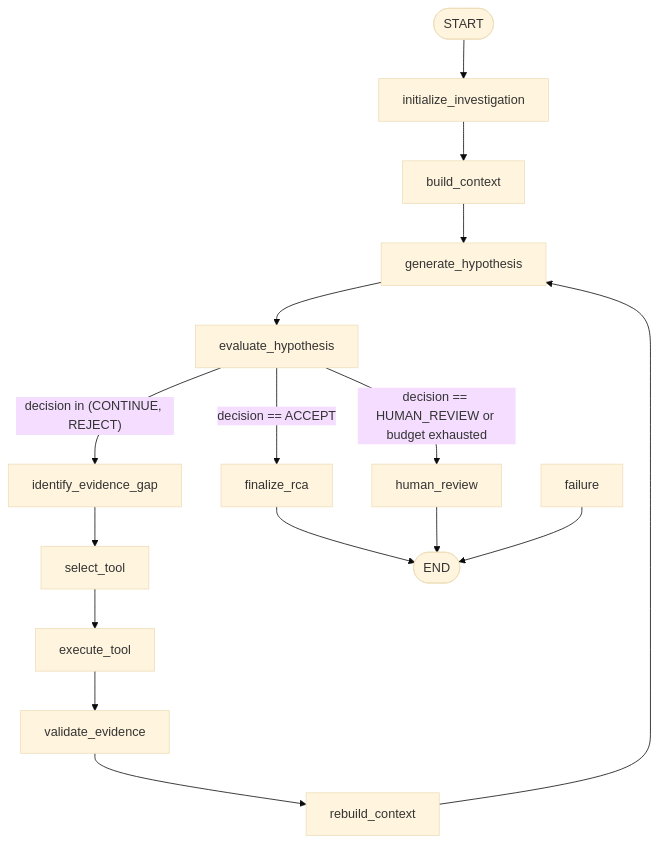
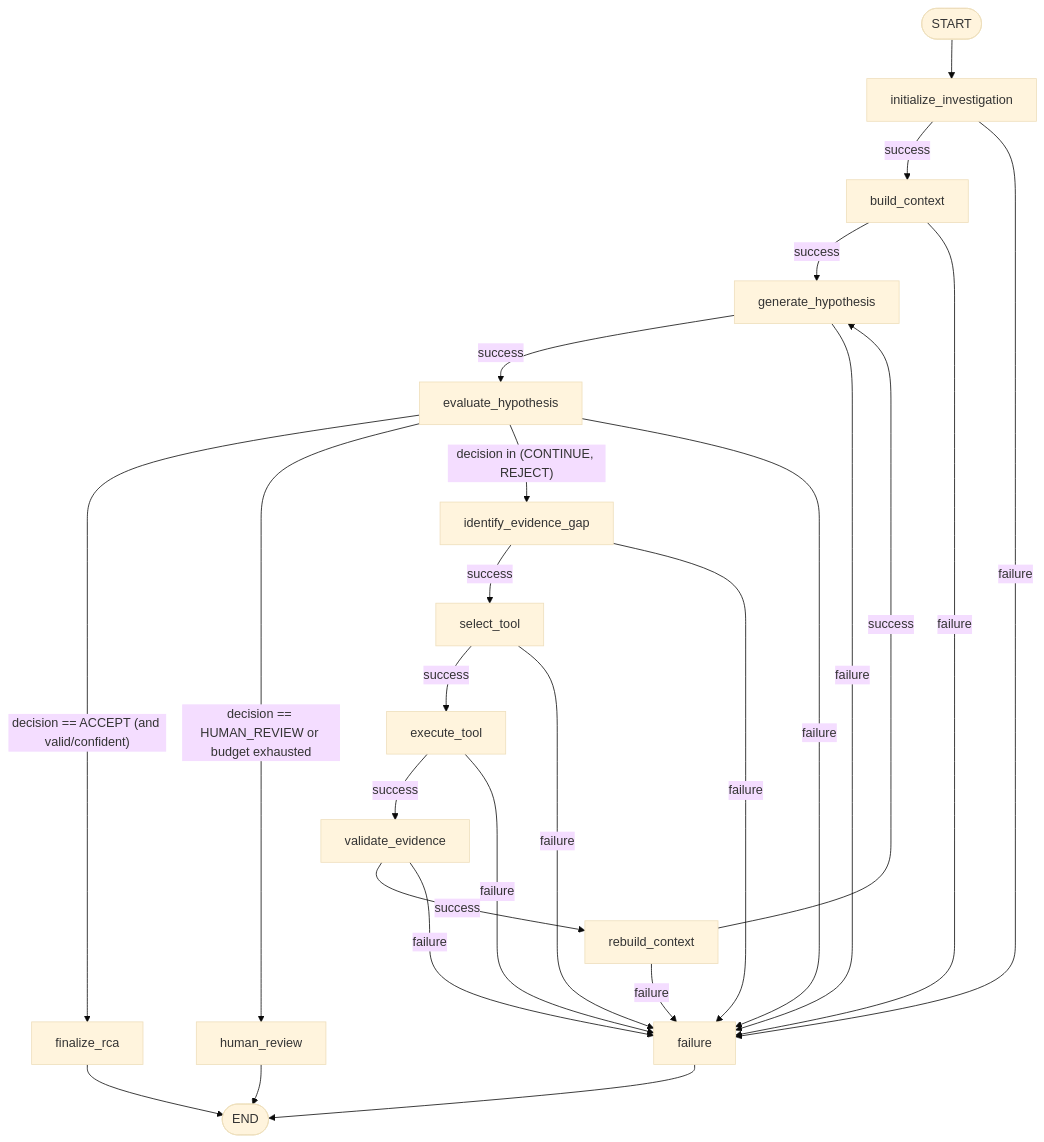
One commit to manish930s/OpsGraph changed the diagram in PROJECT_CONTEXT/ORCHESTRATION_ARCHITECTURE.md. Above: the diagram before and after it, drawn with Mermaid (base theme). The commit also changed other lines of this file and 5 other files, not shown here.

````diff
--- a/PROJECT_CONTEXT/ORCHESTRATION_ARCHITECTURE.md
+++ b/PROJECT_CONTEXT/ORCHESTRATION_ARCHITECTURE.md
@@ -9,21 +9,36 @@
 ```mermaid
 graph TD
     START([START]) --> Initialize[initialize_investigation]
-    Initialize --> BuildContext[build_context]
-    BuildContext --> GenHypothesis[generate_hypothesis]
-    GenHypothesis --> EvalHypothesis[evaluate_hypothesis]
+    Initialize -->|"success"| BuildContext[build_context]
+    Initialize -->|"failure"| failure[failure]
 
-    EvalHypothesis -- "decision == ACCEPT" --> FinalizeRCA[finalize_rca]
+    BuildContext -->|"success"| GenHypothesis[generate_hypothesis]
+    BuildContext -->|"failure"| failure
+
+    GenHypothesis -->|"success"| EvalHypothesis[evaluate_hypothesis]
+    GenHypothesis -->|"failure"| failure
+
+    EvalHypothesis -- "decision == ACCEPT (and valid/confident)" --> FinalizeRCA[finalize_rca]
     EvalHypothesis -- "decision == HUMAN_REVIEW or budget exhausted" --> HumanReview[human_review]
     EvalHypothesis -- "decision in (CONTINUE, REJECT)" --> IdentifyGaps[identify_evidence_gap]
+    EvalHypothesis -->|"failure"| failure
 
-    IdentifyGaps --> SelectTool[select_tool]
-    SelectTool --> ExecuteTool[execute_tool]
-    ExecuteTool --> ValidateEvidence[validate_evidence]
-    ValidateEvidence --> RebuildContext[rebuild_context]
-    RebuildContext --> GenHypothesis
+    IdentifyGaps -->|"success"| SelectTool[select_tool]
+    IdentifyGaps -->|"failure"| failure
+
+    SelectTool -->|"success"| ExecuteTool[execute_tool]
+    SelectTool -->|"failure"| failure
+
+    ExecuteTool -->|"success"| ValidateEvidence[validate_evidence]
+    ExecuteTool -->|"failure"| failure
+
+    ValidateEvidence -->|"success"| RebuildContext[rebuild_context]
+    ValidateEvidence -->|"failure"| failure
+
+    RebuildContext -->|"success"| GenHypothesis
+    RebuildContext -->|"failure"| failure
 
     FinalizeRCA --> END([END])
     HumanReview --> END
-    failure[failure] --> END
+    failure --> END
 ```
````
